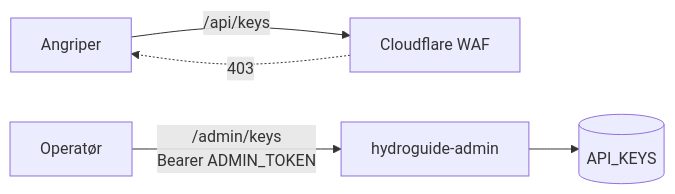
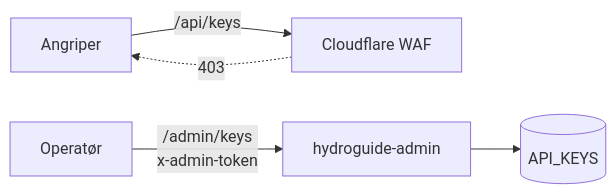
The third of 3 diagrams in docs/arkitektur.md (nikolsen1234-bit/hydroguide), drawn with Mermaid before and after one commit. The commit also changed other lines of this file and 47 other files, not shown here.

````diff
--- a/docs/arkitektur.md
+++ b/docs/arkitektur.md
@@ -76,8 +76,8 @@
 ```mermaid
 flowchart LR
     angriper[Angriper] -->|/api/keys| waf[Cloudflare WAF]
     waf -.->|403| angriper
 
-    operator[Operatør] -->|/admin/keys<br/>Bearer ADMIN_TOKEN| admin[hydroguide-admin]
+    operator[Operatør] -->|/admin/keys<br/>x-admin-token| admin[hydroguide-admin]
     admin --> kv[(API_KEYS)]
 ```
````
